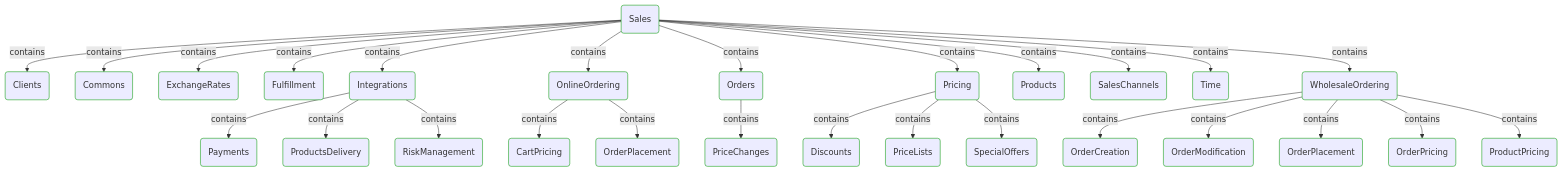
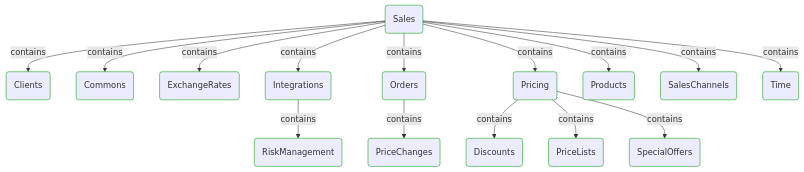
One commit to itlibrium/DDD-starter-dotnet changed the second of 2 diagrams in Docs/P3/MermaidOutput/Modules.md. Above: the diagram before and after it, drawn with Mermaid. The commit also changed other lines of this file and 174 other files, not shown here.

```diff
--- a/Docs/P3/MermaidOutput/Modules.md
+++ b/Docs/P3/MermaidOutput/Modules.md
@@ -92,75 +47,39 @@
     3(ExchangeRates)
     class 3 DomainPerspective
     0-->|contains|3
-    4(Fulfillment)
+    4(Integrations)
     class 4 DomainPerspective
     0-->|contains|4
-    5(Integrations)
+    5(RiskManagement)
     class 5 DomainPerspective
-    0-->|contains|5
-    6(Payments)
+    4-->|contains|5
+    6(Orders)
     class 6 DomainPerspective
-    5-->|contains|6
-    7(ProductsDelivery)
+    0-->|contains|6
+    7(PriceChanges)
     class 7 DomainPerspective
-    5-->|contains|7
-    8(RiskManagement)
+    6-->|contains|7
+    8(Pricing)
     class 8 DomainPerspective
-    5-->|contains|8
-    9(OnlineOrdering)
+    0-->|contains|8
+    9(Discounts)
     class 9 DomainPerspective
-    0-->|contains|9
-    10(CartPricing)
+    8-->|contains|9
+    10(PriceLists)
     class 10 DomainPerspective
-    9-->|contains|10
-    11(OrderPlacement)
+    8-->|contains|10
+    11(SpecialOffers)
     class 11 DomainPerspective
-    9-->|contains|11
-    12(Orders)
+    8-->|contains|11
+    12(Products)
     class 12 DomainPerspective
     0-->|contains|12
-    13(PriceChanges)
+    13(SalesChannels)
     class 13 DomainPerspective
-    12-->|contains|13
-    14(Pricing)
+    0-->|contains|13
+    14(Time)
     class 14 DomainPerspective
     0-->|contains|14
-    15(Discounts)
-    class 15 DomainPerspective
-    14-->|contains|15
-    16(PriceLists)
-    class 16 DomainPerspective
-    14-->|contains|16
-    17(SpecialOffers)
-    class 17 DomainPerspective
-    14-->|contains|17
-    18(Products)
-    class 18 DomainPerspective
-    0-->|contains|18
-    19(SalesChannels)
-    class 19 DomainPerspective
-    0-->|contains|19
-    20(Time)
-    class 20 DomainPerspective
-    0-->|contains|20
-    21(WholesaleOrdering)
-    class 21 DomainPerspective
-    0-->|contains|21
-    22(OrderCreation)
-    class 22 DomainPerspective
-    21-->|contains|22
-    23(OrderModification)
-    class 23 DomainPerspective
-    21-->|contains|23
-    24(OrderPlacement)
-    class 24 DomainPerspective
-    21-->|contains|24
-    25(OrderPricing)
-    class 25 DomainPerspective
-    21-->|contains|25
-    26(ProductPricing)
-    class 26 DomainPerspective
-    21-->|contains|26
     classDef DomainPerspective stroke:#009900
     classDef TechnologyPerspective stroke:#1F41EB
     classDef PeoplePerspective stroke:#FFF014
```
